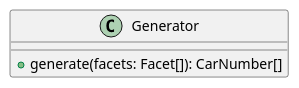
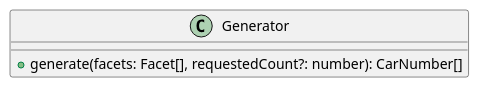
One commit to tohasan/car-number-voiceover changed the first of 3 diagrams in src/number-generator/generator/generator.puml. Above: the diagram before and after it, drawn with PlantUML. The commit also changed other lines of this file and 13 other files, not shown here.

Commit message:
number-generator: implemented generating the requested number of car numbers

```diff
--- a/src/number-generator/generator/generator.puml
+++ b/src/number-generator/generator/generator.puml
@@ -1,7 +1,7 @@
 @startuml
 
 class Generator {
-    + generate(facets: Facet[]): CarNumber[]
+    + generate(facets: Facet[], requestedCount?: number): CarNumber[]
 }
 
 @enduml
```
